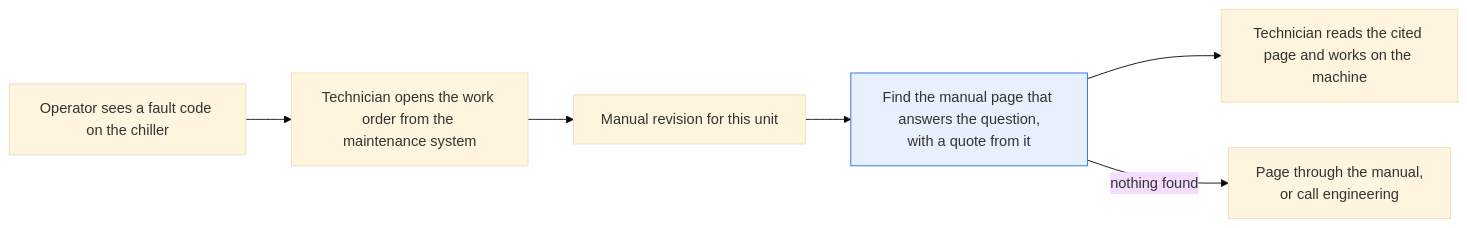
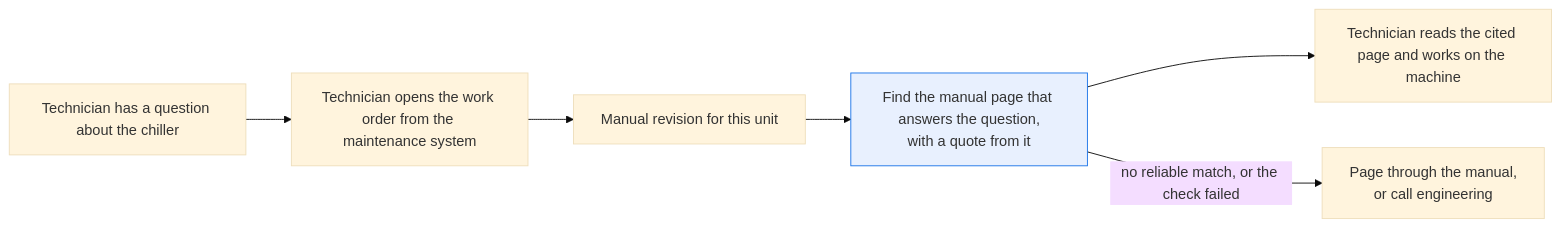
Before and after one commit to superlinked/cookbook: the first of 2 diagrams in manufacturing/answer_from_equipment_manual/README.md, drawn with Mermaid (base theme). The commit also changed other lines of this file and 9 other files, not shown here.

````diff
--- a/manufacturing/answer_from_equipment_manual/README.md
+++ b/manufacturing/answer_from_equipment_manual/README.md
@@ -44,10 +45,10 @@
 ```mermaid
 flowchart LR
-    A[Operator sees a fault code on the chiller] --> B[Technician opens the work order from the maintenance system]
+    A[Technician has a question about the chiller] --> B[Technician opens the work order from the maintenance system]
     B --> C[Manual revision for this unit]
     C --> D["Find the manual page that answers the question,<br/>with a quote from it"]
     D --> E[Technician reads the cited page and works on the machine]
-    D -->|nothing found| F["Page through the manual,<br/>or call engineering"]
+    D -->|no reliable match, or the check failed| F["Page through the manual,<br/>or call engineering"]
     classDef recipe fill:#e8f0fe,stroke:#1a73e8
     class D recipe;
 ```
````
